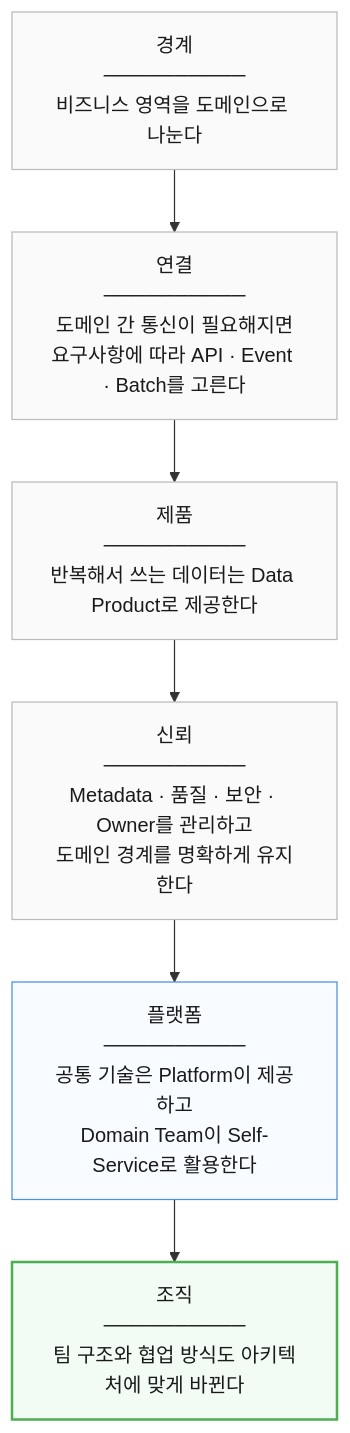
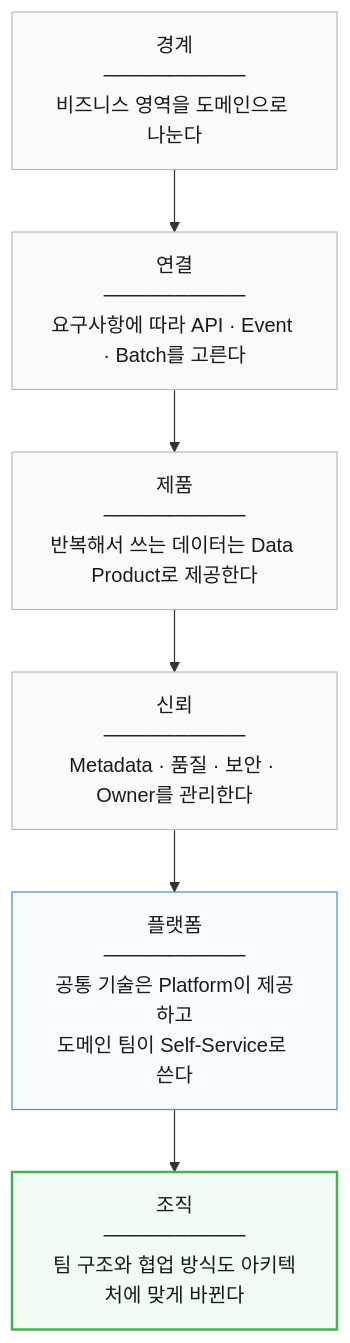
Diagram 11 of 11 in 모던 데이터 아키텍처/22장. 플랫폼과 조직.md (i31pc17/bitbook), drawn with Mermaid before and after one commit. The commit also changed other lines of this file and 2 other files, not shown here.

````diff
--- a/모던 데이터 아키텍처/22장. 플랫폼과 조직.md
+++ b/모던 데이터 아키텍처/22장. 플랫폼과 조직.md
@@ -679,18 +1171,18 @@
 ```mermaid
 flowchart TB
     S1["경계<br/>──────────<br/>비즈니스 영역을 도메인으로 나눈다"]
-    S2["연결<br/>──────────<br/>도메인 간 통신이 필요해지면<br/>요구사항에 따라 API · Event · Batch를 고른다"]
+    S2["연결<br/>──────────<br/>요구사항에 따라 API · Event · Batch를 고른다"]
     S3["제품<br/>──────────<br/>반복해서 쓰는 데이터는 Data Product로 제공한다"]
-    S4["신뢰<br/>──────────<br/>Metadata · 품질 · 보안 · Owner를 관리하고<br/>도메인 경계를 명확하게 유지한다"]
-    S5["플랫폼<br/>──────────<br/>공통 기술은 Platform이 제공하고<br/>Domain Team이 Self-Service로 활용한다"]
+    S4["신뢰<br/>──────────<br/>Metadata · 품질 · 보안 · Owner를 관리한다"]
+    S5["플랫폼<br/>──────────<br/>공통 기술은 Platform이 제공하고<br/>도메인 팀이 Self-Service로 쓴다"]
     S6["조직<br/>──────────<br/>팀 구조와 협업 방식도 아키텍처에 맞게 바뀐다"]
 
     S1 --> S2 --> S3 --> S4 --> S5 --> S6
 
     style S1 fill:#fafafa,stroke:#bbb,color:#1a1a1a
     style S2 fill:#fafafa,stroke:#bbb,color:#1a1a1a
     style S3 fill:#fafafa,stroke:#bbb,color:#1a1a1a
     style S4 fill:#fafafa,stroke:#bbb,color:#1a1a1a
     style S5 fill:#f8fbff,stroke:#4a90e2,color:#1a1a1a
     style S6 fill:#f2fbf4,stroke:#4caf50,stroke-width:2px,color:#1a1a1a
 ```
````
